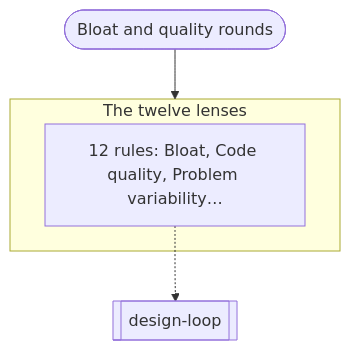
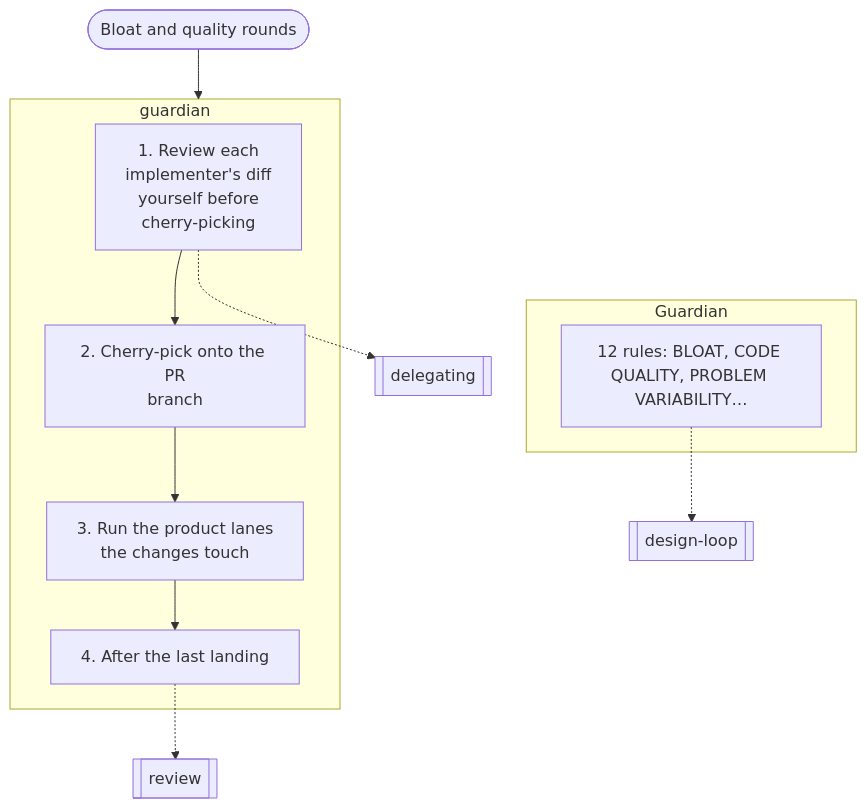
One commit to nitedani/mergeworthy changed the ninth of 14 diagrams in docs/graphs.md. Above: the diagram before and after it, drawn with Mermaid. The commit also changed other lines of this file and 16 other files, not shown here.

````diff
--- a/docs/graphs.md
+++ b/docs/graphs.md
@@ -244,9 +259,21 @@
 ```mermaid
 flowchart TB
   start(["Bloat and quality rounds"])
-  subgraph g0["The twelve lenses"]
-    s0["12 rules: Bloat, Code quality, Problem variability…"]
+  subgraph g0["guardian"]
+    s0["1. Review each<br/>implementer's diff<br/>yourself before<br/>cherry-picking"]
+    s1["2. Cherry-pick onto the PR<br/>branch"]
+    s0 --> s1
+    s2["3. Run the product lanes<br/>the changes touch"]
+    s1 --> s2
+    s3["4. After the last landing"]
+    s2 --> s3
   end
-  s0 -.-> r1[["design-loop"]]
+  s0 -.-> r1[["delegating"]]
+  s3 -.-> r2[["review"]]
+  subgraph g1["Guardian"]
+    s4["12 rules: BLOAT, CODE QUALITY, PROBLEM VARIABILITY…"]
+  end
+  s4 -.-> r3[["design-loop"]]
   start --> g0
+  g0 ~~~ g1
 ```
````
